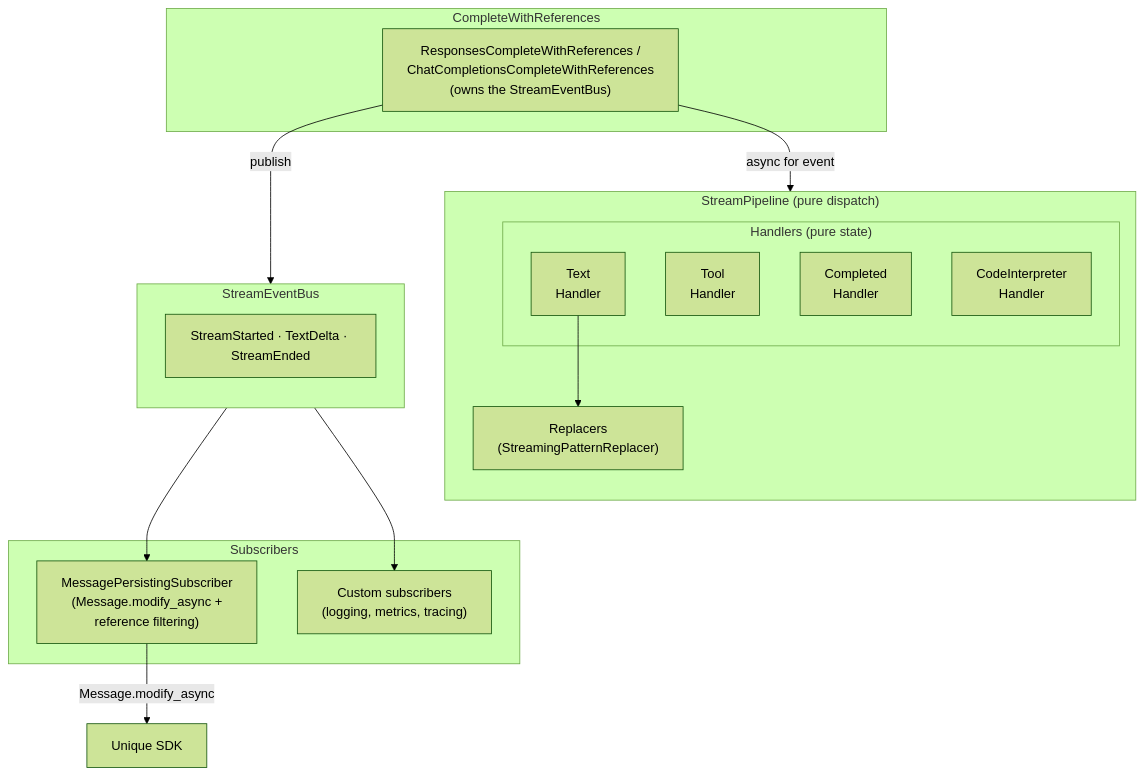
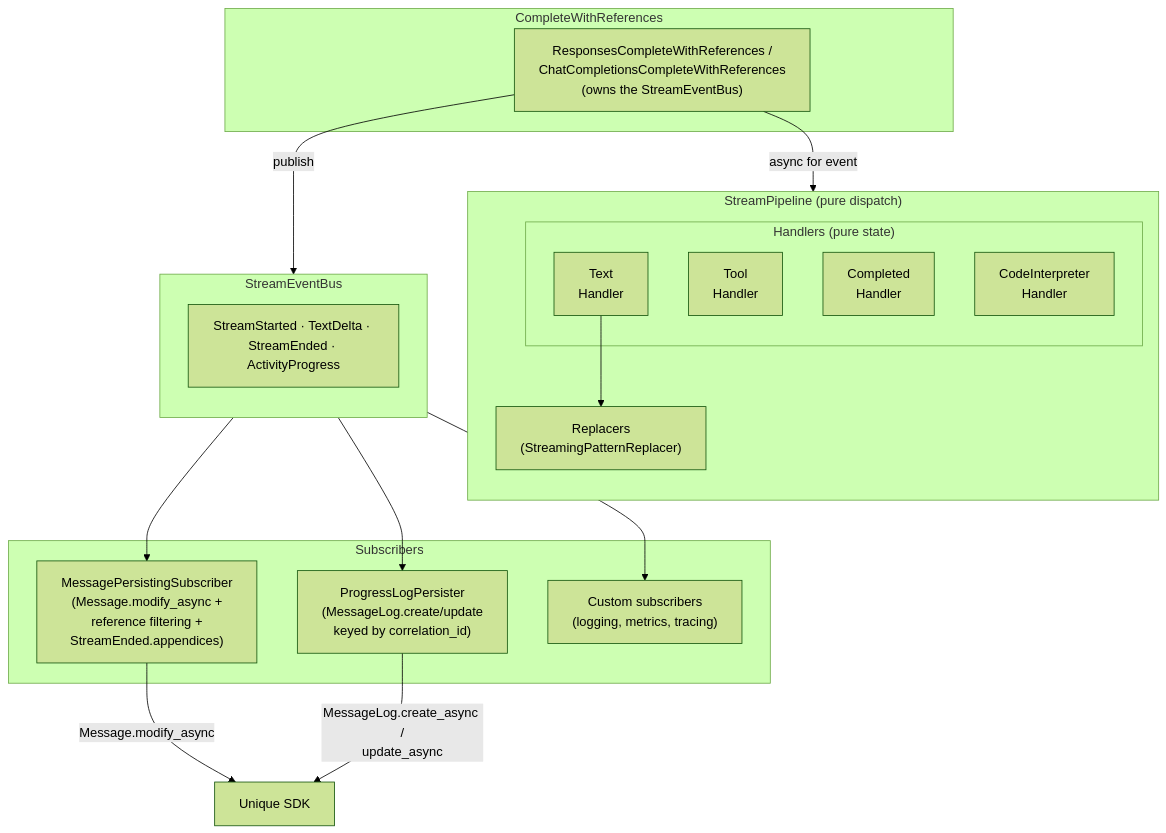
Before and after one commit to Unique-AG/ai: the diagram in unique_toolkit/docs/architecture/streaming/README.md, drawn with Mermaid (forest theme). The commit also changed other lines of this file and 16 other files, not shown here.

First line of the commit message:
refactor(toolkit): pure handlers and generic ActivityProgress events

````diff
--- a/unique_toolkit/docs/architecture/streaming/README.md
+++ b/unique_toolkit/docs/architecture/streaming/README.md
@@ -24,34 +24,37 @@
 ```mermaid
 flowchart TB
     subgraph Entry["CompleteWithReferences"]
         CWR["ResponsesCompleteWithReferences /<br/>ChatCompletionsCompleteWithReferences<br/>(owns the StreamEventBus)"]
     end
 
     subgraph Pipeline["StreamPipeline (pure dispatch)"]
         direction TB
         subgraph Handlers["Handlers (pure state)"]
             TH["Text<br/>Handler"]
             TOH["Tool<br/>Handler"]
             CH["Completed<br/>Handler"]
             CIH["CodeInterpreter<br/>Handler"]
         end
         REP["Replacers<br/>(StreamingPatternReplacer)"]
     end
 
     subgraph Bus["StreamEventBus"]
         direction TB
-        EVT["StreamStarted · TextDelta · StreamEnded"]
+        EVT["StreamStarted · TextDelta · StreamEnded · ActivityProgress"]
     end
 
     subgraph Subs["Subscribers"]
-        MP["MessagePersistingSubscriber<br/>(Message.modify_async +<br/>reference filtering)"]
+        MP["MessagePersistingSubscriber<br/>(Message.modify_async +<br/>reference filtering +<br/>StreamEnded.appendices)"]
+        PLP["ProgressLogPersister<br/>(MessageLog.create/update<br/>keyed by correlation_id)"]
         EXT["Custom subscribers<br/>(logging, metrics, tracing)"]
     end
 
     CWR -->|"async for event"| Pipeline
     TH --> REP
     CWR -->|"publish"| Bus
     Bus --> MP
+    Bus --> PLP
     Bus --> EXT
     MP -->|"Message.modify_async"| SDK["Unique SDK"]
+    PLP -->|"MessageLog.create_async /<br/>update_async"| SDK
 ```
````
